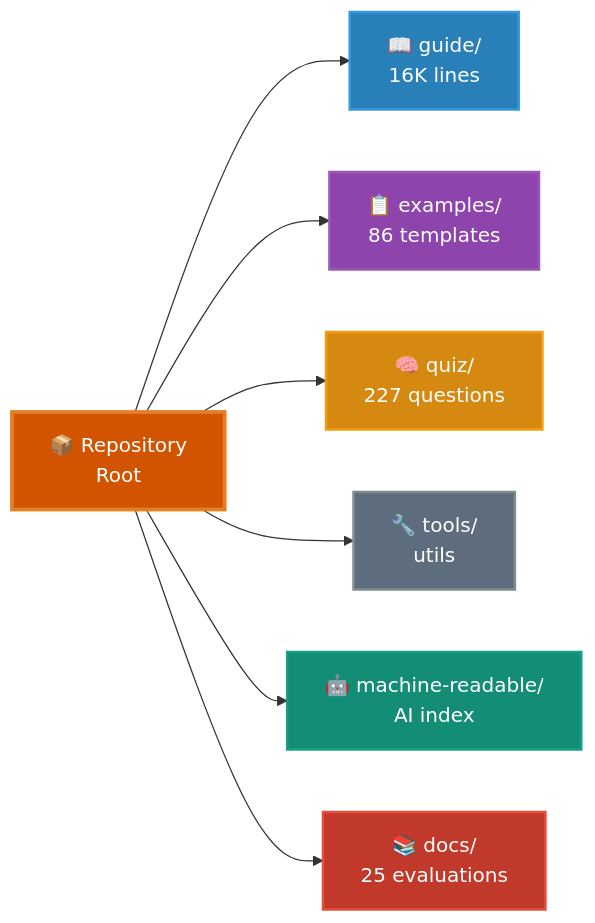
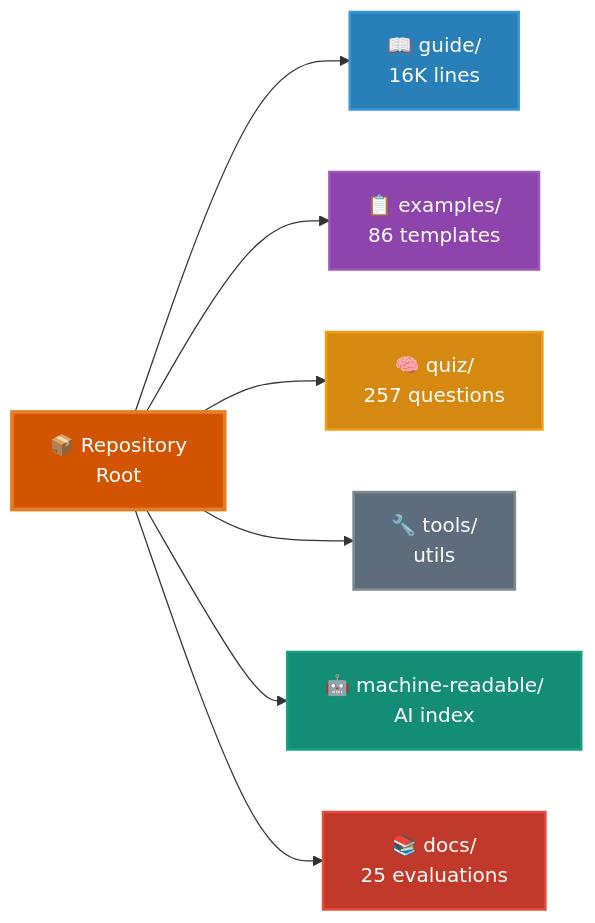
Before and after one commit to scostello/claude-code-ultimate-guide: the diagram in README.md, drawn with Mermaid. The commit also changed other lines of this file and 18 other files, not shown here.

First line of the commit message:
release: v3.20.4 - 30 new quiz questions (227 → 257)

````diff
--- a/README.md
+++ b/README.md
@@ -65,19 +65,19 @@
 ```mermaid
 graph LR
     root[📦 Repository<br/>Root]
 
     root --> guide[📖 guide/<br/>16K lines]
     root --> examples[📋 examples/<br/>86 templates]
-    root --> quiz[🧠 quiz/<br/>227 questions]
+    root --> quiz[🧠 quiz/<br/>257 questions]
     root --> tools[🔧 tools/<br/>utils]
     root --> machine[🤖 machine-readable/<br/>AI index]
     root --> docs[📚 docs/<br/>25 evaluations]
 
     style root fill:#d35400,stroke:#e67e22,stroke-width:3px,color:#fff
     style guide fill:#2980b9,stroke:#3498db,stroke-width:2px,color:#fff
     style examples fill:#8e44ad,stroke:#9b59b6,stroke-width:2px,color:#fff
     style quiz fill:#d68910,stroke:#f39c12,stroke-width:2px,color:#fff
     style tools fill:#5d6d7e,stroke:#7f8c8d,stroke-width:2px,color:#fff
     style machine fill:#138d75,stroke:#16a085,stroke-width:2px,color:#fff
     style docs fill:#c0392b,stroke:#e74c3c,stroke-width:2px,color:#fff
 ```
````
